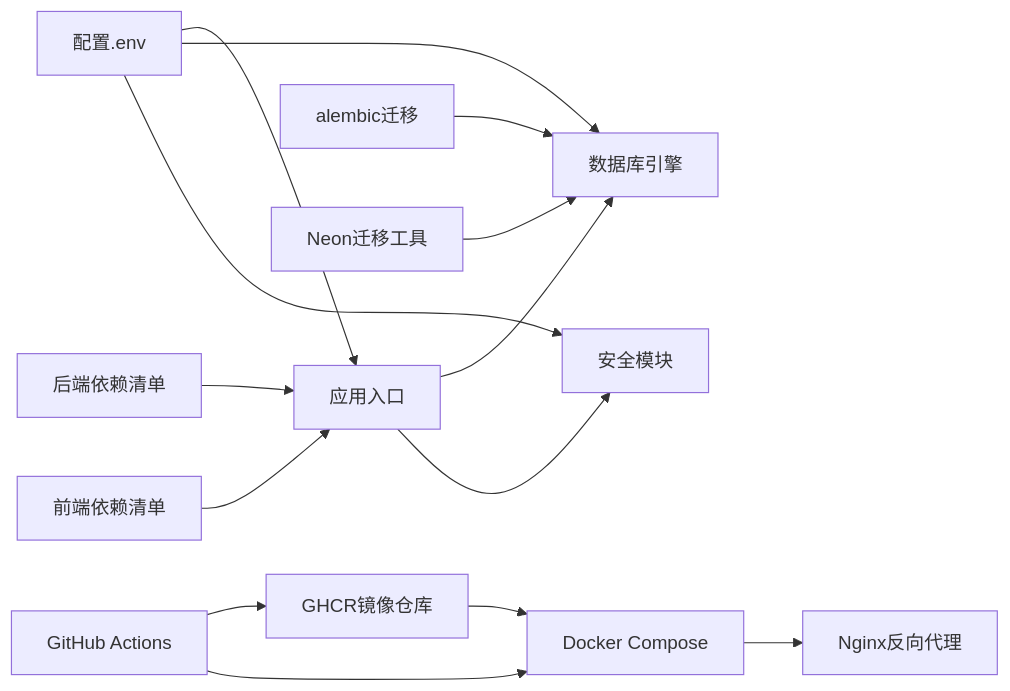
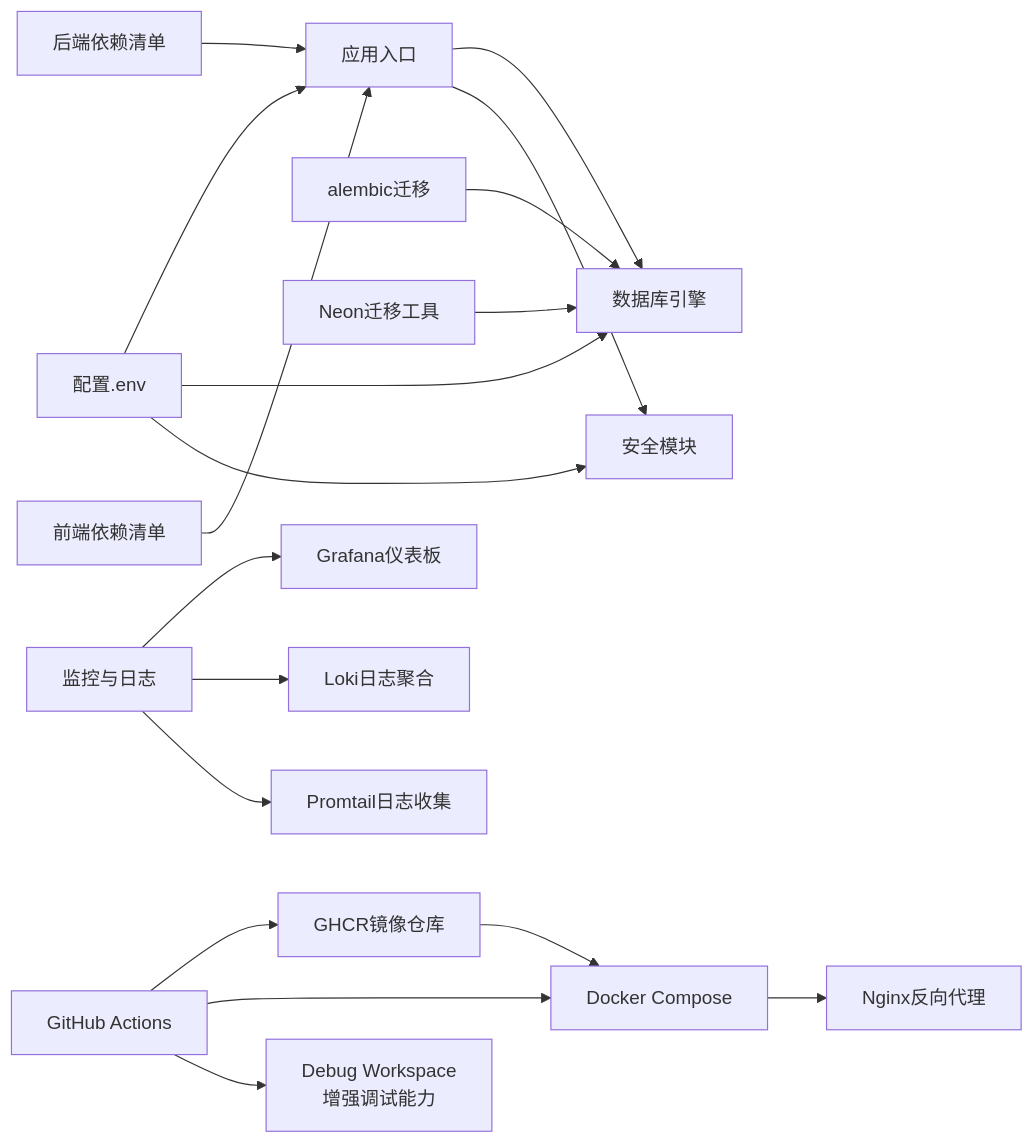
The third of 3 diagrams in .qoder/repowiki/zh/content/部署与运维/部署与运维.md (breeze-lyf/ai-stock-advisor), drawn with Mermaid before and after one commit. The commit also changed other lines of this file and 6 other files, not shown here.

````diff
--- a/.qoder/repowiki/zh/content/部署与运维/部署与运维.md
+++ b/.qoder/repowiki/zh/content/部署与运维/部署与运维.md
@@ -433,16 +475,20 @@
 ```mermaid
 graph LR
 CFG["配置.env"] --> MAIN["应用入口"]
 CFG --> DB["数据库引擎"]
 CFG --> SEC["安全模块"]
 MAIN --> DB
 MAIN --> SEC
 REQ["后端依赖清单"] --> MAIN
 PKG["前端依赖清单"] --> MAIN
 ALEMBIC["alembic迁移"] --> DB
 NEONMIG["Neon迁移工具"] --> DB
 GHCR["GHCR镜像仓库"] --> DCP["Docker Compose"]
 GHA["GitHub Actions"] --> GHCR
 GHA --> DCP
+GHA --> DEBUG["Debug Workspace<br/>增强调试能力"]
 DCP --> NGINX["Nginx反向代理"]
+MON["监控与日志"] --> GRAFANA["Grafana仪表板"]
+MON --> LOKI["Loki日志聚合"]
+MON --> PROMTAIL["Promtail日志收集"]
 ```
````
